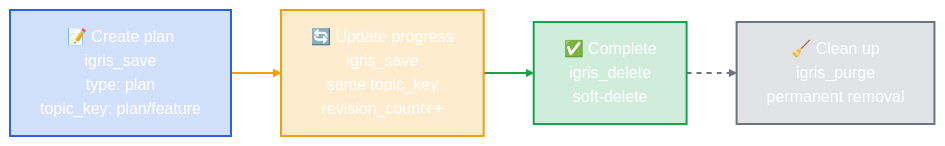
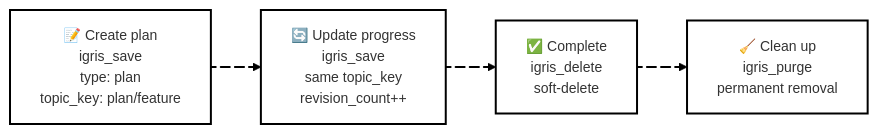
Before and after one commit to getigris/igris-memory: the third of 6 diagrams in README.md, drawn with Mermaid. The commit also changed other lines of this file, not shown here.

First line of the commit message:
Enhance README.md with improved mermaid diagrams and configurations

````diff
--- a/README.md
+++ b/README.md
@@ -180,15 +182,15 @@
 ```mermaid
+---
+config:
+  theme: neo
+  look: hand-drawn
+---
 graph LR
-    A["📝 Create plan\nigris_save\ntype: plan\ntopic_key: plan/feature"] --> B["🔄 Update progress\nigris_save\nsame topic_key\nrevision_count++"]
-    B --> C["✅ Complete\nigris_delete\nsoft-delete"]
-    C --> D["🧹 Clean up\nigris_purge\npermanent removal"]
+    A["📝 Create plan\nigris_save\ntype: plan\ntopic_key: plan/feature"] L_p1@--> B["🔄 Update progress\nigris_save\nsame topic_key\nrevision_count++"]
+    B L_p2@--> C["✅ Complete\nigris_delete\nsoft-delete"]
+    C L_p3@--> D["🧹 Clean up\nigris_purge\npermanent removal"]
 
-    style A fill:#2563eb33,stroke:#2563eb,color:#fff,stroke-width:2px
-    style B fill:#f59e0b33,stroke:#f59e0b,color:#fff,stroke-width:2px
-    style C fill:#16a34a33,stroke:#16a34a,color:#fff,stroke-width:2px
-    style D fill:#6b728033,stroke:#6b7280,color:#fff,stroke-width:2px
-
-    linkStyle 0 stroke:#f59e0b,stroke-width:2px
-    linkStyle 1 stroke:#16a34a,stroke-width:2px
-    linkStyle 2 stroke:#6b7280,stroke-width:2px,stroke-dasharray:5
+    L_p1@{ animation: fast }
+    L_p2@{ animation: fast }
+    L_p3@{ animation: slow }
 ```
````
